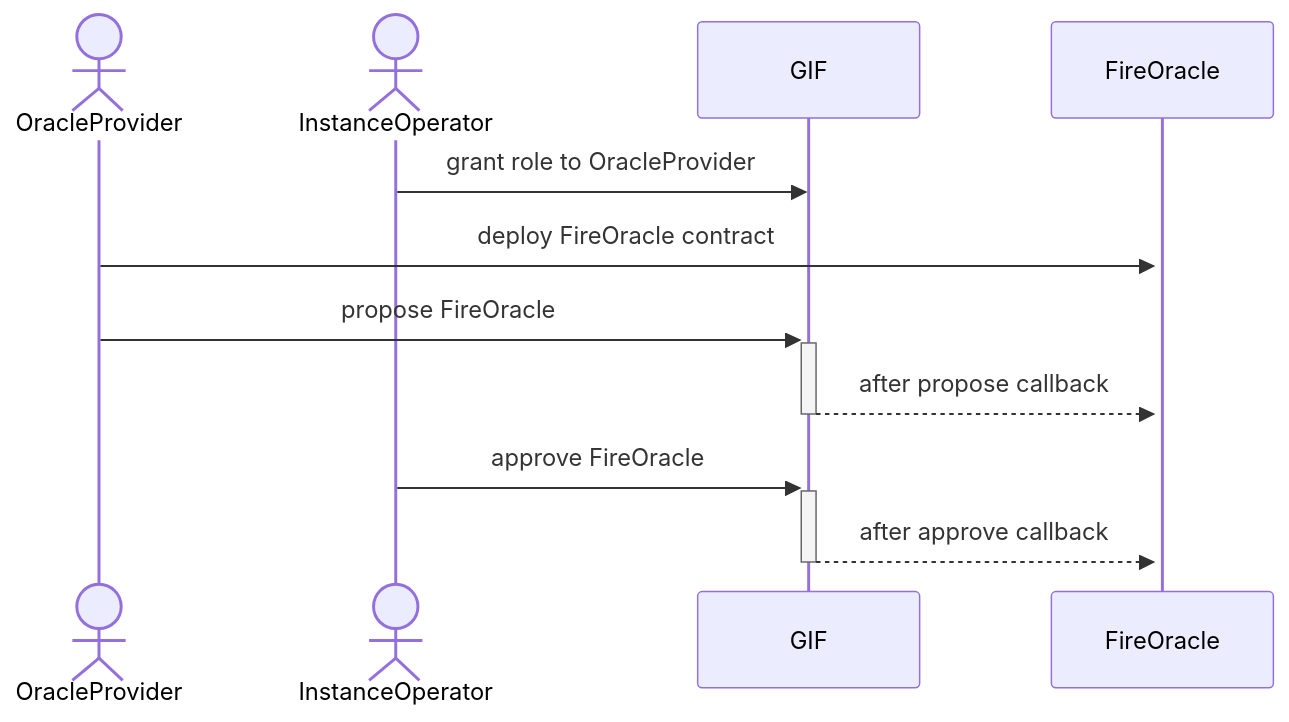
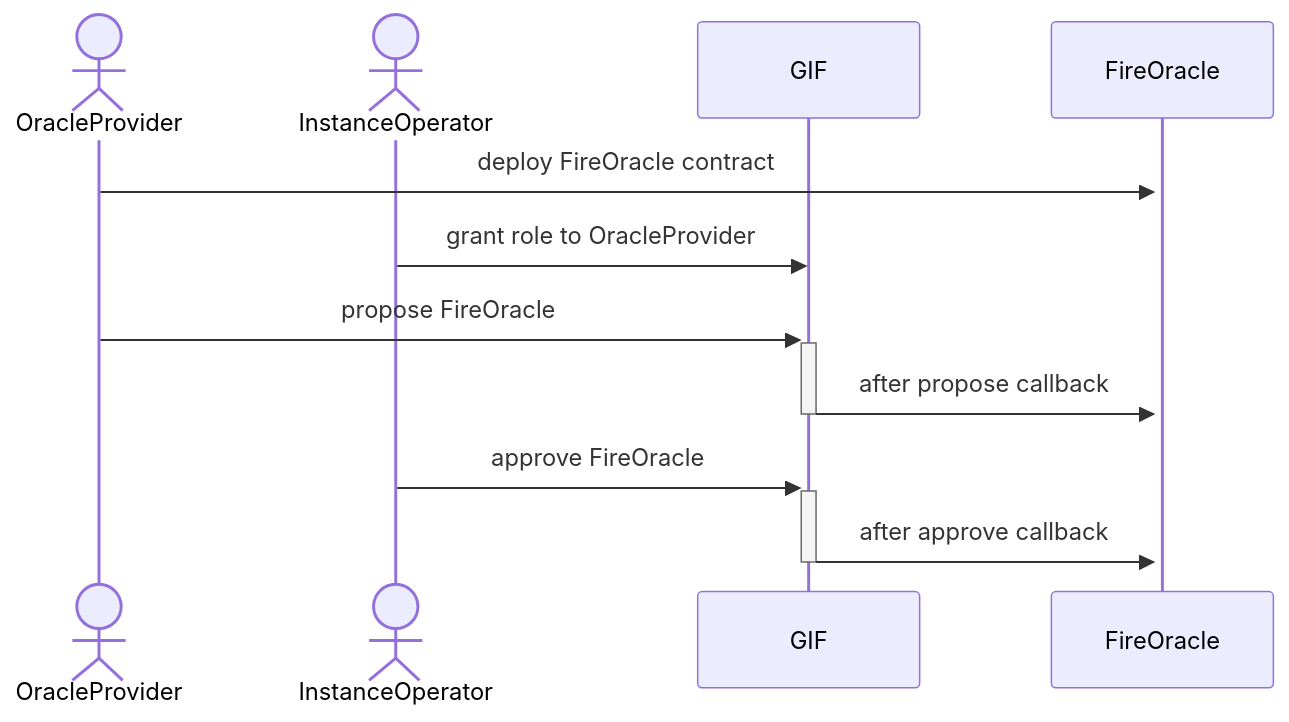
The diagram in docs/modules/ROOT/assets/images/fire_oracle_registration.md (etherisc/gif-sandbox), drawn with Mermaid before and after one commit.

````diff
--- a/docs/modules/ROOT/assets/images/fire_oracle_registration.md
+++ b/docs/modules/ROOT/assets/images/fire_oracle_registration.md
@@ -3,15 +3,15 @@
 ```mermaid
 sequenceDiagram
     actor OP as OracleProvider
     actor IO as InstanceOperator
     participant G as GIF
     participant O as FireOracle
  
     
+    OP->>+ O: deploy FireOracle contract
     IO ->> G: grant role to OracleProvider
-    OP->>+ O: deploy FireOracle contract
     OP ->>+ G: propose FireOracle
-    G -->>- O: after propose callback
+    G ->>- O: after propose callback
     IO ->>+ G: approve FireOracle
-    G -->>- O: after approve callback
+    G ->>- O: after approve callback
 ```
````
